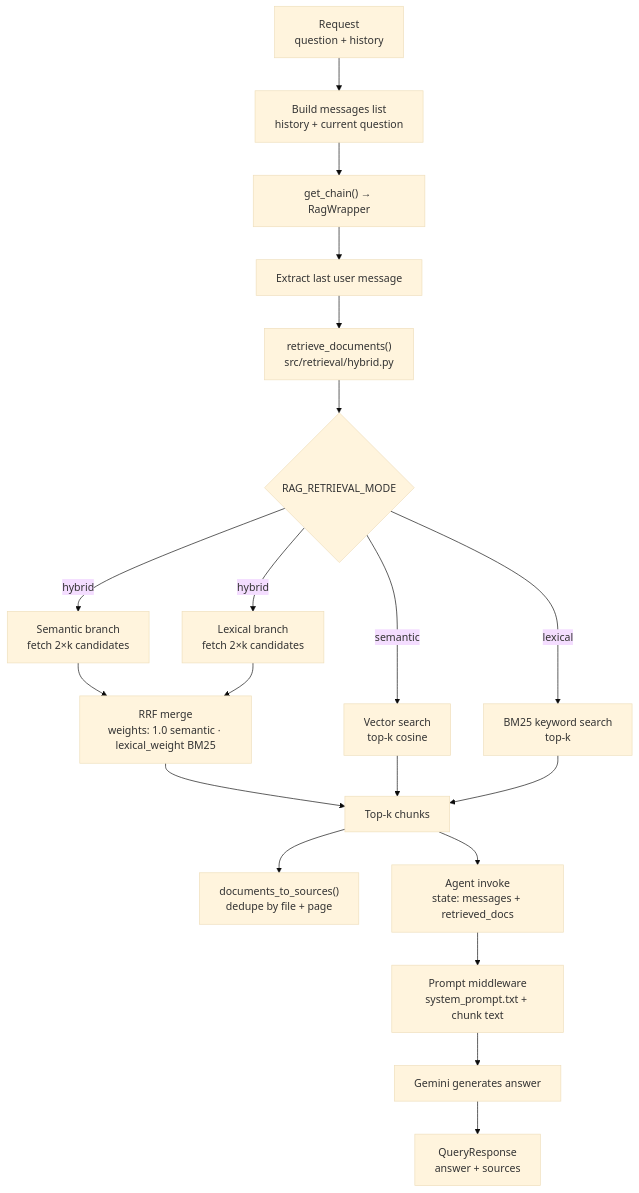
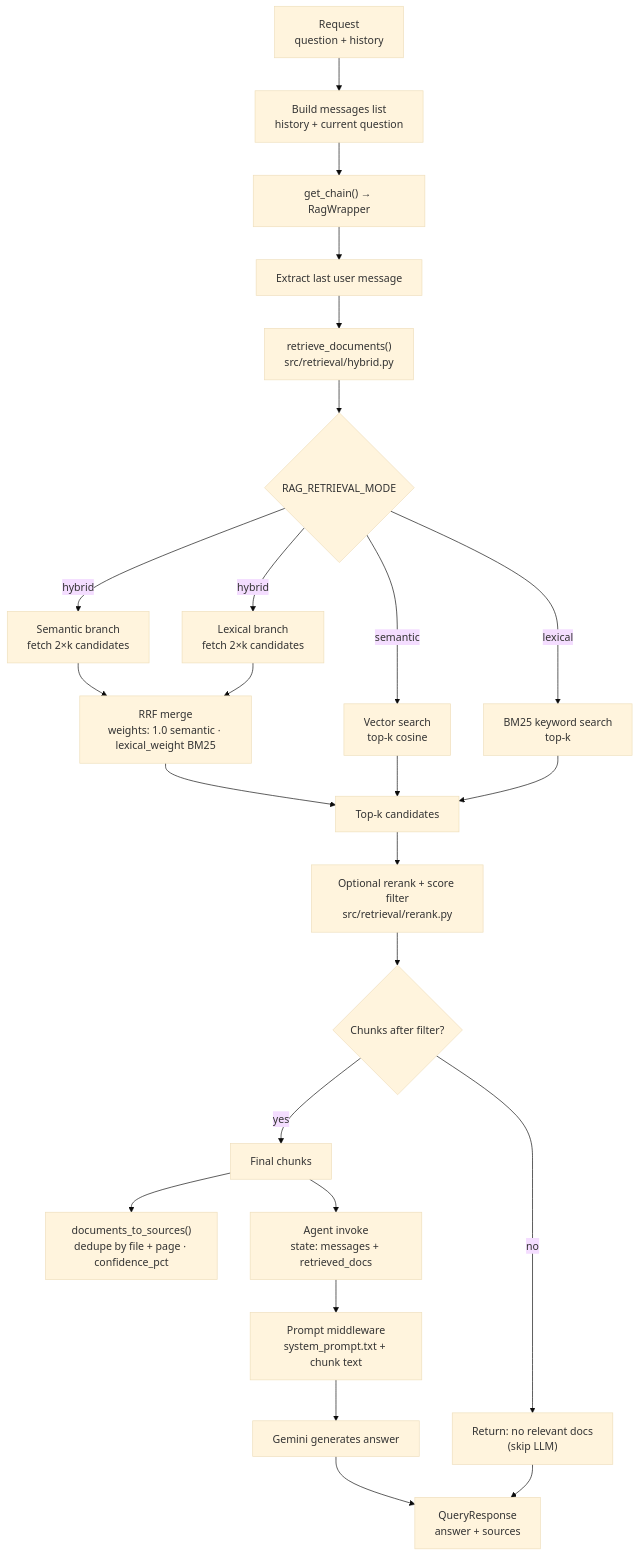
Before and after one commit to pablogarciaprado/rag-chatbot: the third of 3 diagrams in README.md, drawn with Mermaid (base theme). The commit also changed other lines of this file and 1 other file, not shown here.

````diff
--- a/README.md
+++ b/README.md
@@ -76,27 +76,33 @@
 ```mermaid
 flowchart TB
     REQ["Request<br/>question + history"] --> MSGS["Build messages list<br/>history + current question"]
     MSGS --> CHAIN["get_chain() → RagWrapper"]
 
     CHAIN --> Q["Extract last user message"]
     Q --> RET["retrieve_documents()<br/>src/retrieval/hybrid.py"]
 
     RET --> MODE{RAG_RETRIEVAL_MODE}
 
     MODE -->|semantic| SEM["Vector search<br/>top-k cosine"]
     MODE -->|lexical| LEX["BM25 keyword search<br/>top-k"]
     MODE -->|hybrid| SEM2["Semantic branch<br/>fetch 2×k candidates"]
     MODE -->|hybrid| LEX2["Lexical branch<br/>fetch 2×k candidates"]
     SEM2 --> RRF["RRF merge<br/>weights: 1.0 semantic · lexical_weight BM25"]
     LEX2 --> RRF
-    RRF --> TOPK["Top-k chunks"]
+    RRF --> TOPK["Top-k candidates"]
     SEM --> TOPK
     LEX --> TOPK
 
-    TOPK --> CITE["documents_to_sources()<br/>dedupe by file + page"]
-    TOPK --> STATE["Agent invoke<br/>state: messages + retrieved_docs"]
+    TOPK --> RERANK["Optional rerank + score filter<br/>src/retrieval/rerank.py"]
+    RERANK --> EMPTY{Chunks after filter?}
+    EMPTY -->|no| NODOCS["Return: no relevant docs<br/>(skip LLM)"]
+    EMPTY -->|yes| FINAL["Final chunks"]
+
+    FINAL --> CITE["documents_to_sources()<br/>dedupe by file + page · confidence_pct"]
+    FINAL --> STATE["Agent invoke<br/>state: messages + retrieved_docs"]
 
     STATE --> PROMPT["Prompt middleware<br/>system_prompt.txt + chunk text"]
     PROMPT --> GEN["Gemini generates answer"]
     GEN --> RES["QueryResponse<br/>answer + sources"]
+    NODOCS --> RES
 ```
````
